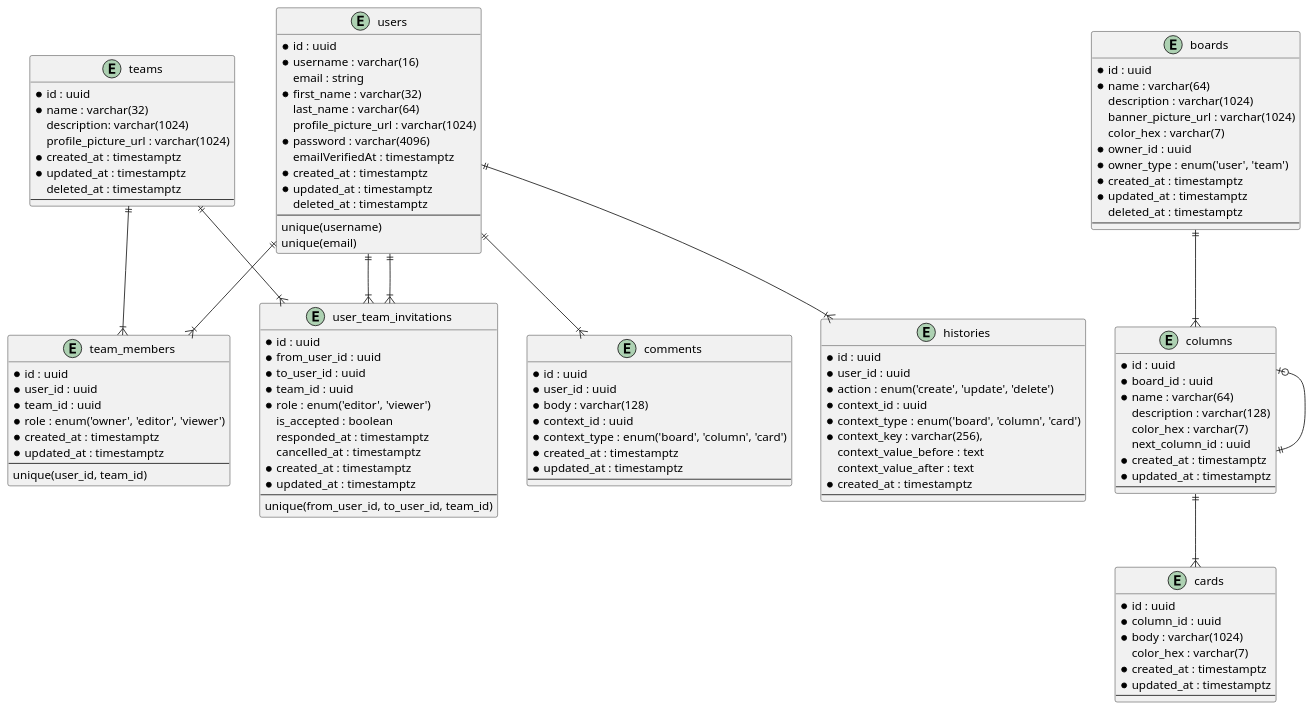
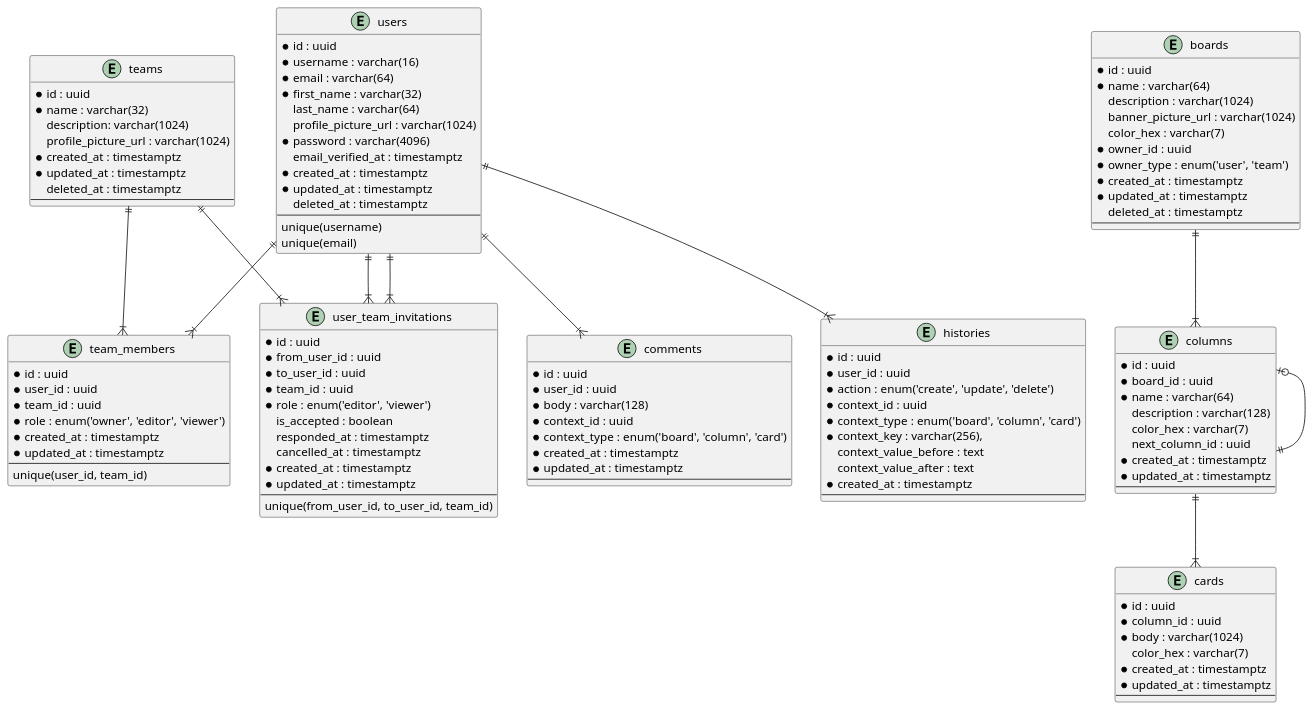
The diagram in docs/database/schema.puml (stackpan/tasque-server), drawn with PlantUML before and after one commit. The commit also changed 2 other files, not shown here.

```diff
--- a/docs/database/schema.puml
+++ b/docs/database/schema.puml
@@ -1,128 +1,128 @@
 @startuml Tasque database schema
 
 entity users {
     * id : uuid
     * username : varchar(16)
-    email : string
+    * email : varchar(64)
     * first_name : varchar(32)
     last_name : varchar(64)
     profile_picture_url : varchar(1024)
     * password : varchar(4096)
-    emailVerifiedAt : timestamptz
+    email_verified_at : timestamptz
     * created_at : timestamptz
     * updated_at : timestamptz
     deleted_at : timestamptz
     --
     unique(username)
     unique(email)
 }
 
 entity teams {
     * id : uuid
     * name : varchar(32)
     description: varchar(1024)
     profile_picture_url : varchar(1024)
     * created_at : timestamptz
     * updated_at : timestamptz
     deleted_at : timestamptz
     --
 }
 
 entity team_members {
     * id : uuid
     * user_id : uuid
     * team_id : uuid
     * role : enum('owner', 'editor', 'viewer')
     * created_at : timestamptz
     * updated_at : timestamptz
     --
     unique(user_id, team_id)
 }
 
 entity user_team_invitations {
     * id : uuid
     * from_user_id : uuid
     * to_user_id : uuid
     * team_id : uuid
     * role : enum('editor', 'viewer')
     is_accepted : boolean
     responded_at : timestamptz
     cancelled_at : timestamptz
     * created_at : timestamptz
     * updated_at : timestamptz
     --
     unique(from_user_id, to_user_id, team_id)
 }
 
 entity boards {
     * id : uuid
     * name : varchar(64)
     description : varchar(1024)
     banner_picture_url : varchar(1024)
     color_hex : varchar(7)
     * owner_id : uuid
     * owner_type : enum('user', 'team')
     * created_at : timestamptz
     * updated_at : timestamptz
     deleted_at : timestamptz
     --
 }
 
 entity columns {
     * id : uuid
     * board_id : uuid
     * name : varchar(64)
     description : varchar(128)
     color_hex : varchar(7)
     next_column_id : uuid
     * created_at : timestamptz
     * updated_at : timestamptz
     --
 }
 
 entity cards {
     * id : uuid
     * column_id : uuid
     * body : varchar(1024)
     color_hex : varchar(7)
     * created_at : timestamptz
     * updated_at : timestamptz
     --
 }
 
 entity comments {
     * id : uuid
     * user_id : uuid
     * body : varchar(128)
     * context_id : uuid
     * context_type : enum('board', 'column', 'card')
     * created_at : timestamptz
     * updated_at : timestamptz
     --
 }
 
 entity histories {
     * id : uuid
     * user_id : uuid
     * action : enum('create', 'update', 'delete')
     * context_id : uuid
     * context_type : enum('board', 'column', 'card')
     * context_key : varchar(256),
     context_value_before : text
     context_value_after : text
     * created_at : timestamptz
     --
 }
 
 users ||--|{ team_members
 teams ||--|{ team_members
 users ||--|{ user_team_invitations
 users ||--|{ user_team_invitations
 teams ||--|{ user_team_invitations
 boards ||--|{ columns
 columns |o--|| columns
 columns ||--|{ cards
 users ||--|{ comments
 users ||--|{ histories
 
 @enduml
```
